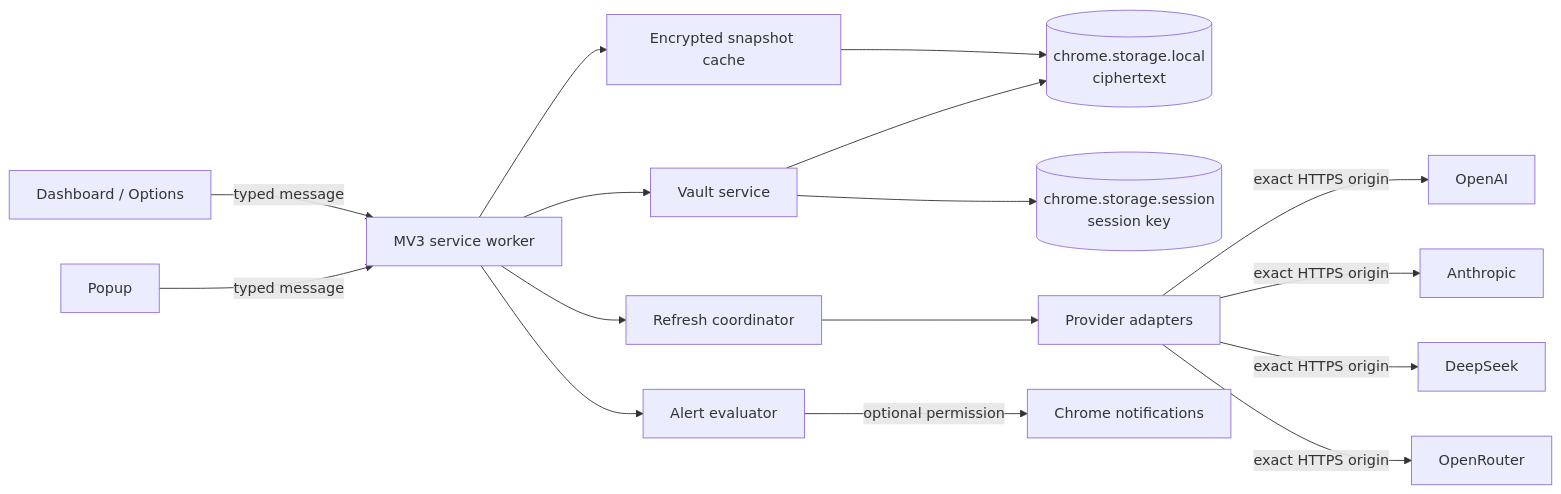
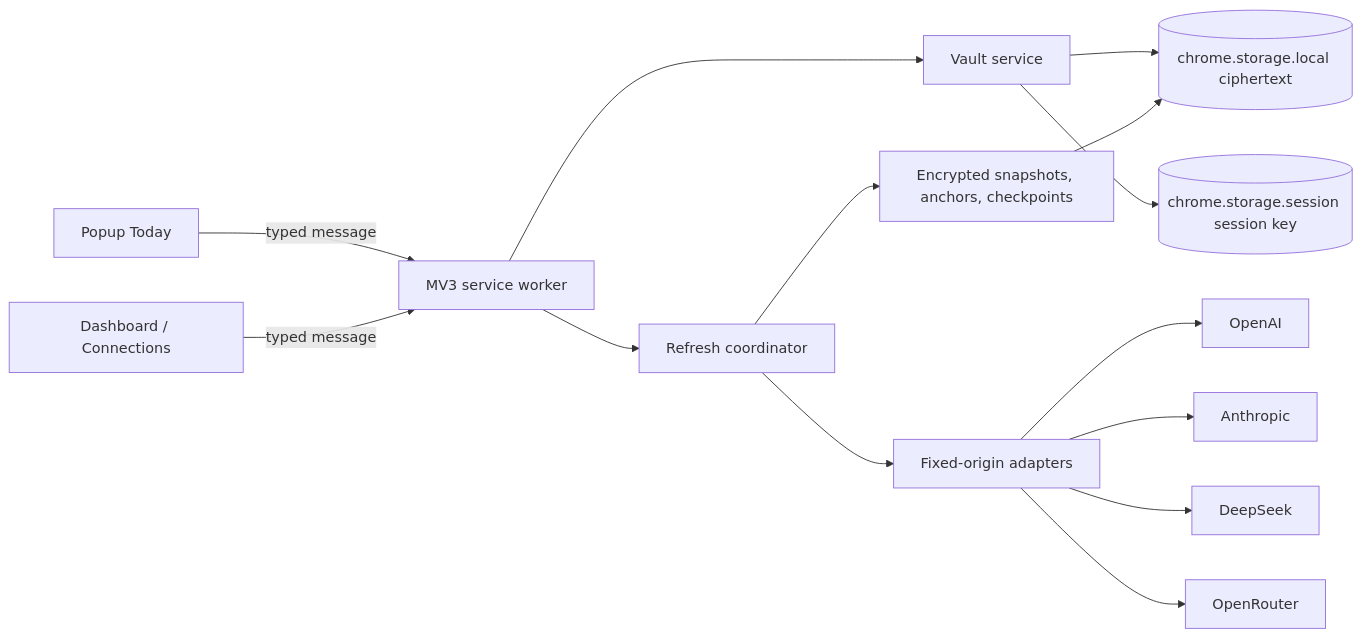
The first of 2 diagrams in docs/plans/2026-08-30-feat-spender-chrome-extension-plan.md (bestmark1/llm-api-spend-monitor), drawn with Mermaid before and after one commit. The commit also changed other lines of this file, not shown here.

Commit message:
docs: reconcile Chrome extension plan after review

````diff
--- a/docs/plans/2026-08-30-feat-spender-chrome-extension-plan.md
+++ b/docs/plans/2026-08-30-feat-spender-chrome-extension-plan.md
@@ -170,18 +146,16 @@
 ```mermaid
 flowchart LR
-    P[Popup] -->|typed message| W[MV3 service worker]
-    D[Dashboard / Options] -->|typed message| W
+    P[Popup Today] -->|typed message| W[MV3 service worker]
+    D[Dashboard / Connections] -->|typed message| W
     W --> V[Vault service]
     W --> R[Refresh coordinator]
-    W --> N[Alert evaluator]
-    V --> L[(chrome.storage.local\nciphertext)]
-    V --> S[(chrome.storage.session\nsession key)]
-    R --> A[Provider adapters]
-    A -->|exact HTTPS origin| OAI[OpenAI]
-    A -->|exact HTTPS origin| ANT[Anthropic]
-    A -->|exact HTTPS origin| DS[DeepSeek]
-    A -->|exact HTTPS origin| OR[OpenRouter]
-    W --> C[Encrypted snapshot cache]
+    V --> L[(chrome.storage.local ciphertext)]
+    V --> S[(chrome.storage.session session key)]
+    R --> A[Fixed-origin adapters]
+    A --> OAI[OpenAI]
+    A --> ANT[Anthropic]
+    A --> DS[DeepSeek]
+    A --> OR[OpenRouter]
+    R --> C[Encrypted snapshots, anchors, checkpoints]
     C --> L
-    N -->|optional permission| CN[Chrome notifications]
 ```
````
